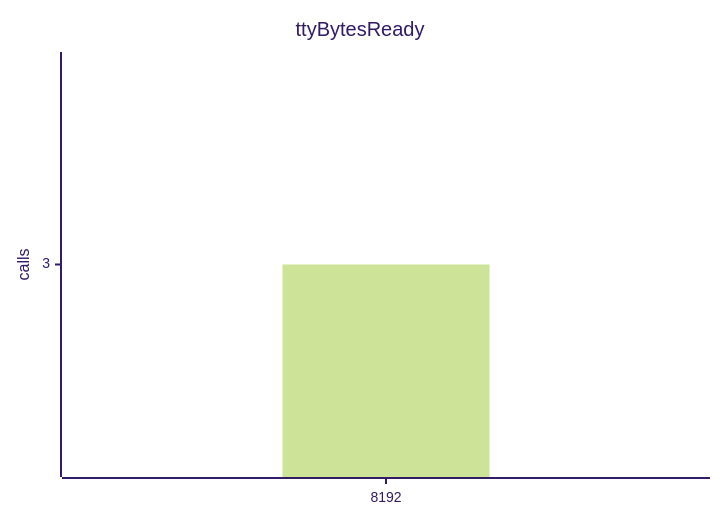
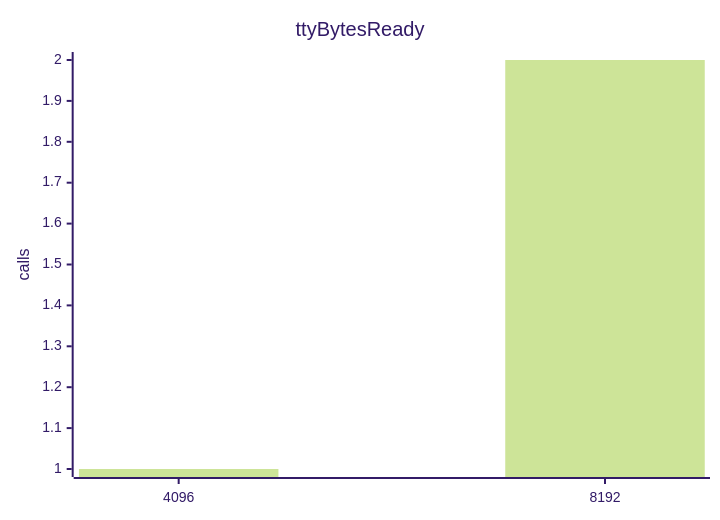
One commit to jrengmusic/eve changed the tenth of 10 diagrams in benchmark/control-report.md. Above: the diagram before and after it, drawn with Mermaid (forest theme). The commit also changed other lines of this file and 37 other files, not shown here.

````diff
--- a/benchmark/control-report.md
+++ b/benchmark/control-report.md
@@ -1507,7 +1507,7 @@
 ```mermaid
 xychart-beta
 title "ttyBytesReady"
-x-axis ["8192"]
+x-axis ["4096", "8192"]
 y-axis "calls"
-bar [3.00000000000000000]
+bar [1.00000000000000000, 2.00000000000000000]
 ```
````
